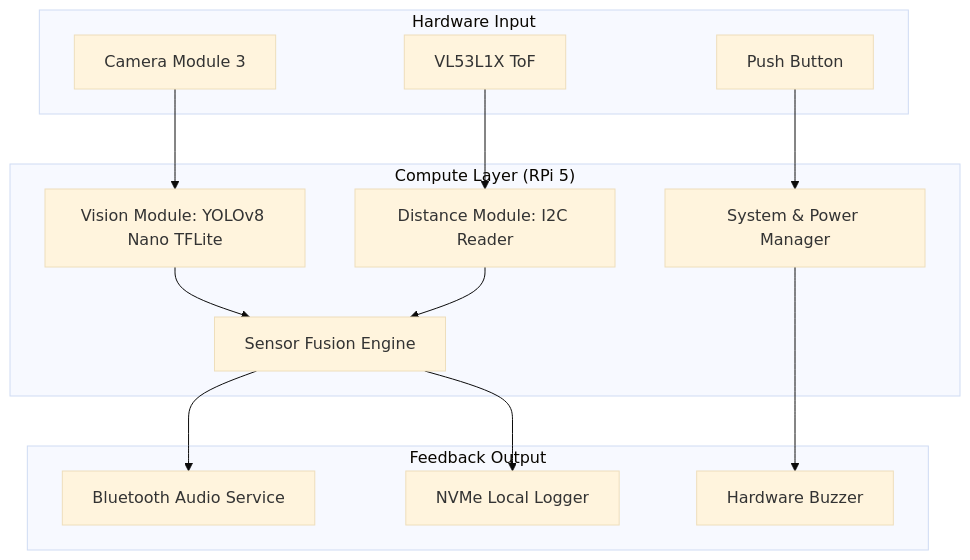
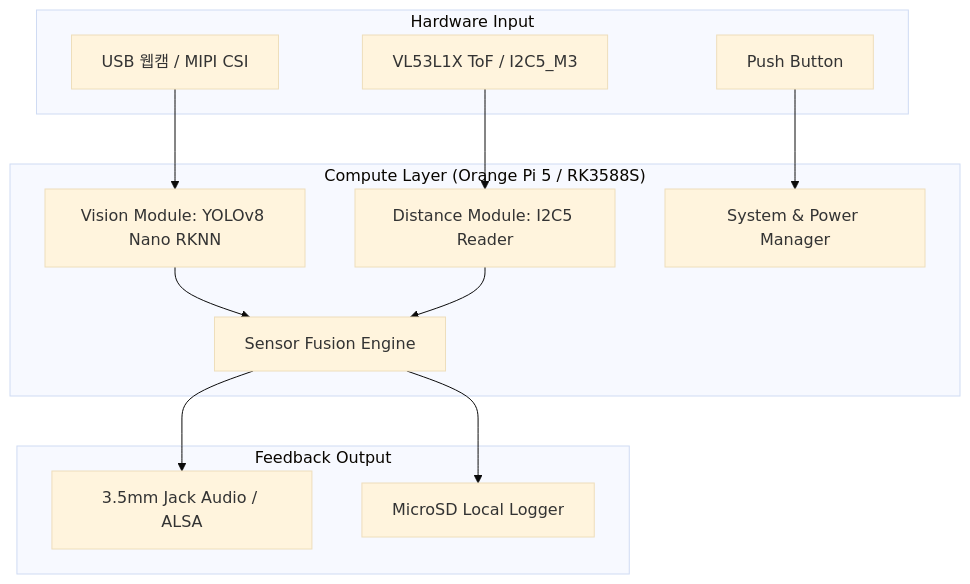
Before and after one commit to donghyun1209/RasEyes: the first of 2 diagrams in TRD.md, drawn with Mermaid (base theme). The commit also changed other lines of this file and 6 other files, not shown here.

````diff
--- a/TRD.md
+++ b/TRD.md
@@ -19,30 +19,28 @@
 ```mermaid
 graph TD
     subgraph "Hardware Input"
-        Cam[Camera Module 3]
-        ToF[VL53L1X ToF]
+        Cam[USB 웹캠 / MIPI CSI]
+        ToF[VL53L1X ToF / I2C5_M3]
         Btn[Push Button]
     end
 
-    subgraph "Compute Layer (RPi 5)"
-        VD[Vision Module: YOLOv8 Nano TFLite]
-        DD[Distance Module: I2C Reader]
+    subgraph "Compute Layer (Orange Pi 5 / RK3588S)"
+        VD[Vision Module: YOLOv8 Nano RKNN]
+        DD[Distance Module: I2C5 Reader]
         SF[Sensor Fusion Engine]
         Sys[System & Power Manager]
     end
 
     subgraph "Feedback Output"
-        BT[Bluetooth Audio Service]
-        Buz[Hardware Buzzer]
-        Log[NVMe Local Logger]
+        AJ[3.5mm Jack Audio / ALSA]
+        Log[MicroSD Local Logger]
     end
 
     Cam --> VD
     ToF --> DD
     VD --> SF
     DD --> SF
-    SF --> BT
+    SF --> AJ
     Btn --> Sys
-    Sys --> Buz
     SF --> Log
 ```
````
